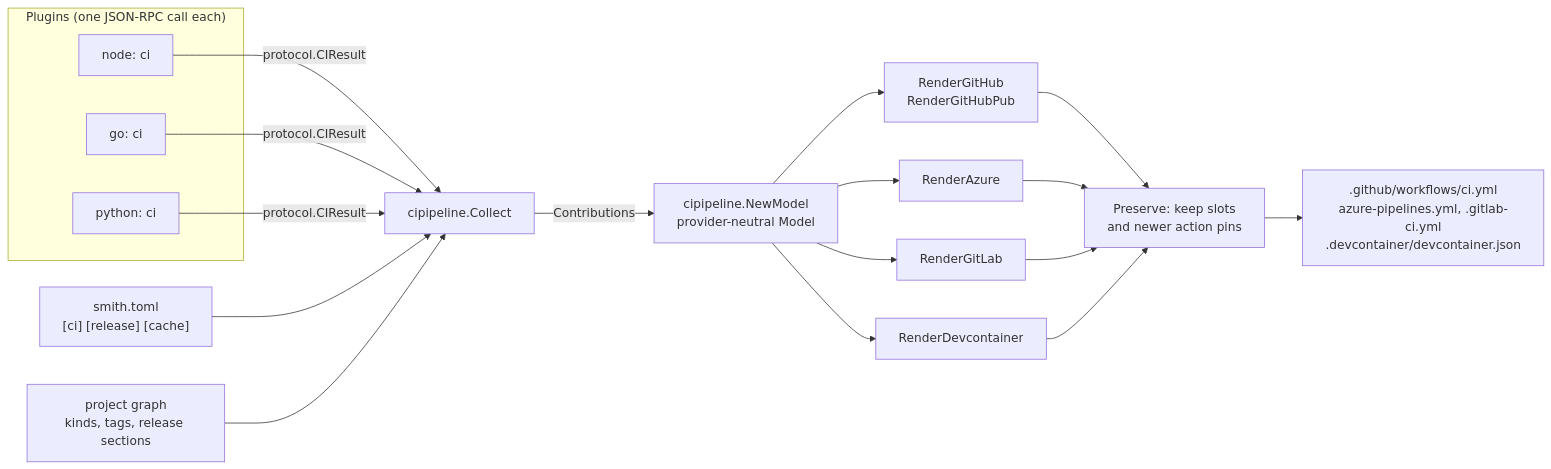
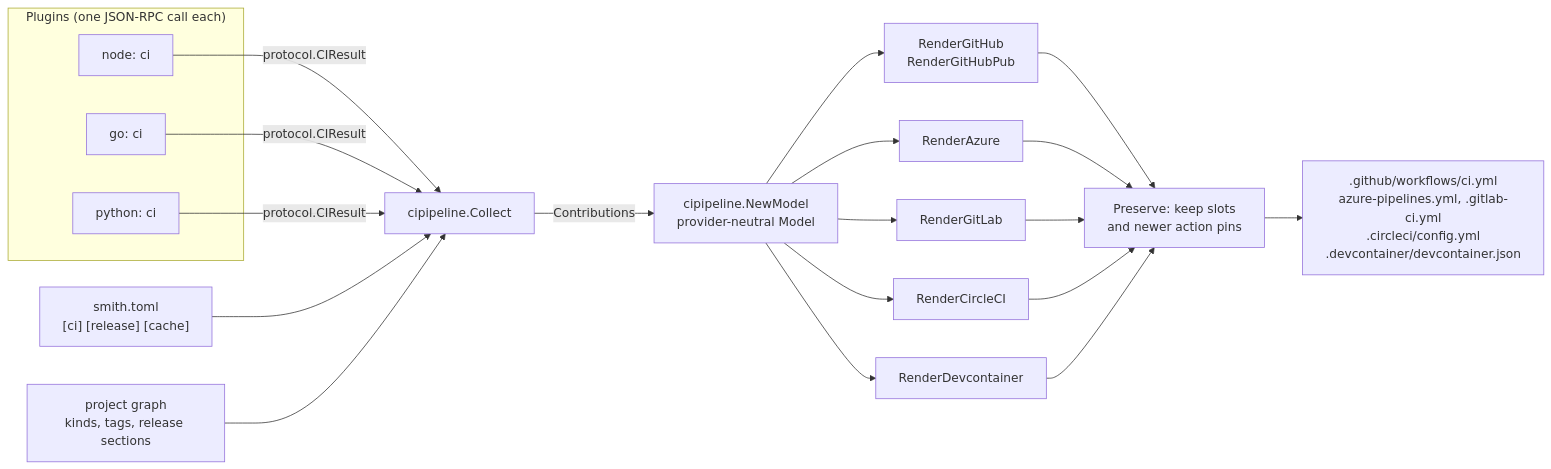
The first of 2 diagrams in docs/architecture/ci-generation.md (monosmith-app/monosmith), drawn with Mermaid before and after one commit. The commit also changed other lines of this file and 27 other files, not shown here.

First line of the commit message:
feat(ci): generate a CircleCI config with smith ci generate

````diff
--- a/docs/architecture/ci-generation.md
+++ b/docs/architecture/ci-generation.md
@@ -21,18 +21,19 @@
 ```mermaid
 flowchart LR
   subgraph plugins["Plugins (one JSON-RPC call each)"]
     p1["node: ci"]
     p2["go: ci"]
     p3["python: ci"]
   end
   p1 & p2 & p3 -->|"protocol.CIResult"| collect["cipipeline.Collect"]
   cfg["smith.toml<br/>[ci] [release] [cache]"] --> collect
   pgraph["project graph<br/>kinds, tags, release sections"] --> collect
   collect -->|"Contributions"| model["cipipeline.NewModel<br/>provider-neutral Model"]
   model --> gh["RenderGitHub<br/>RenderGitHubPub"]
   model --> az["RenderAzure"]
   model --> gl["RenderGitLab"]
+  model --> cc["RenderCircleCI"]
   model --> dc["RenderDevcontainer"]
-  gh & az & gl & dc --> keep["Preserve: keep slots<br/>and newer action pins"]
-  keep --> files[".github/workflows/ci.yml<br/>azure-pipelines.yml, .gitlab-ci.yml<br/>.devcontainer/devcontainer.json"]
+  gh & az & gl & cc & dc --> keep["Preserve: keep slots<br/>and newer action pins"]
+  keep --> files[".github/workflows/ci.yml<br/>azure-pipelines.yml, .gitlab-ci.yml<br/>.circleci/config.yml<br/>.devcontainer/devcontainer.json"]
 ```
````
